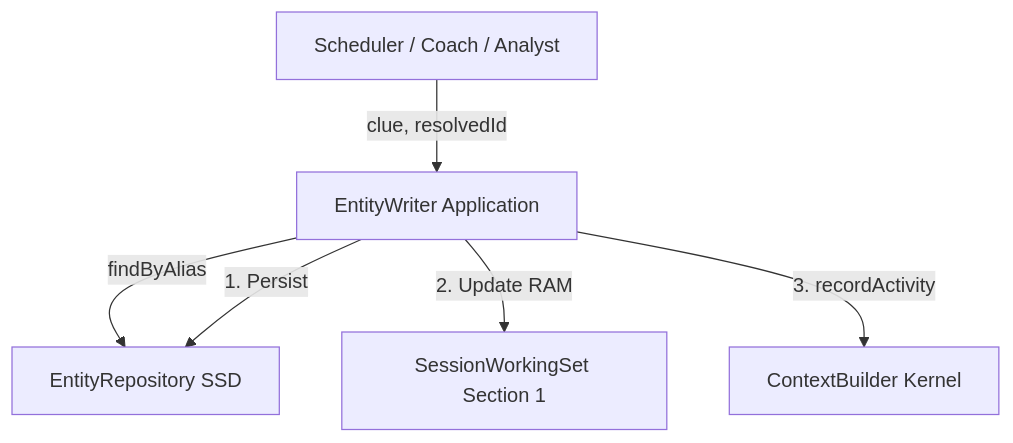
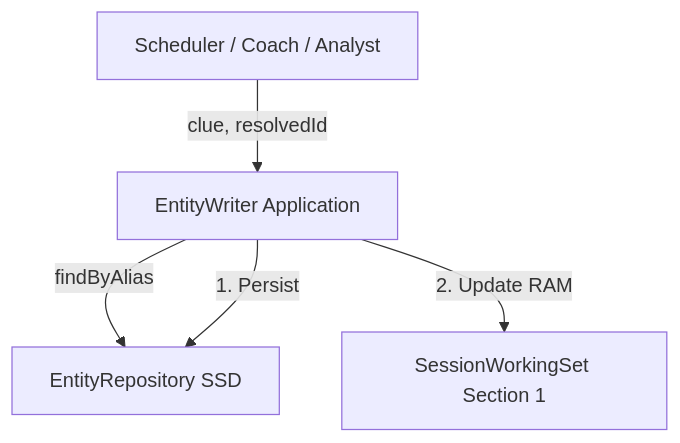
Before and after one commit to esir-nus/smart-sales-main: the diagram in docs/cerb/entity-writer/spec.md, drawn with Mermaid. The commit also changed other lines of this file and 3 other files, not shown here.

````diff
--- a/docs/cerb/entity-writer/spec.md
+++ b/docs/cerb/entity-writer/spec.md
@@ -62,8 +61,7 @@
 ```mermaid
 graph TD
     Caller[Scheduler / Coach / Analyst] -->|clue, resolvedId| EW[EntityWriter Application]
     EW -->|findByAlias| SSD[EntityRepository SSD]
     EW -->|1. Persist| SSD
     EW -->|2. Update RAM| RAM[SessionWorkingSet Section 1]
-    EW -->|3. recordActivity| Kernel[ContextBuilder Kernel]
 ```
````
